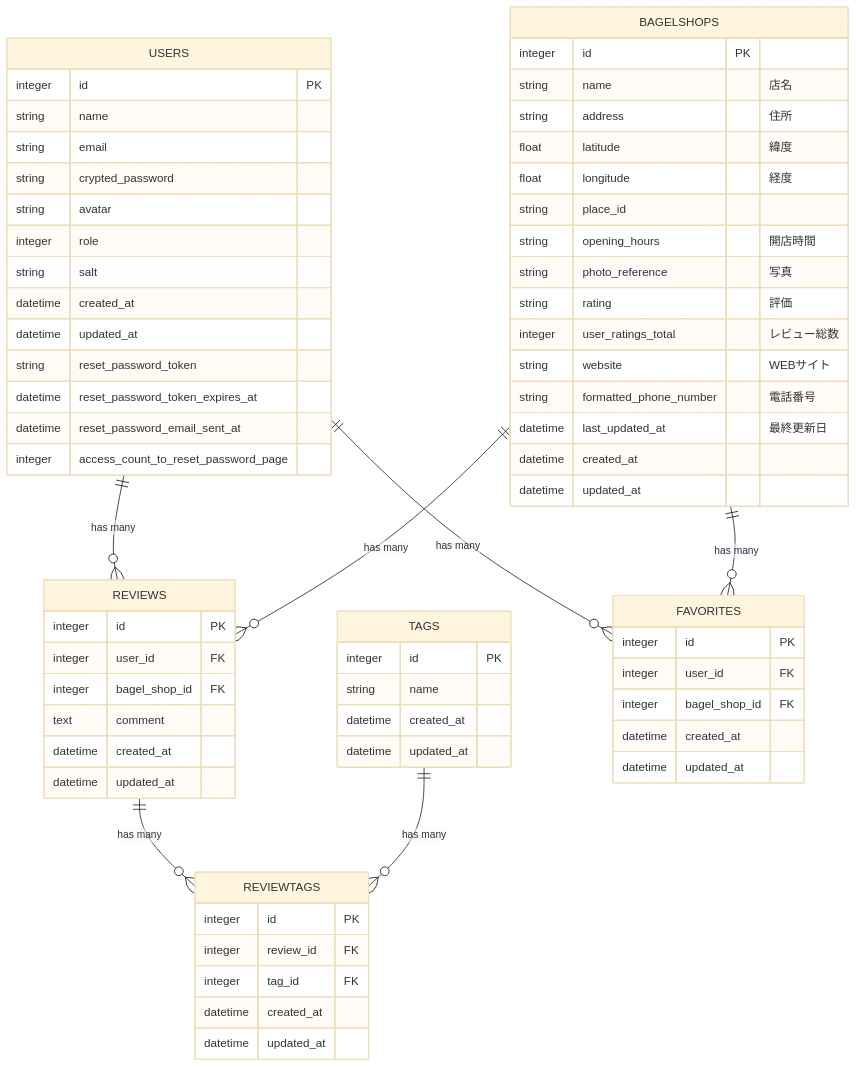
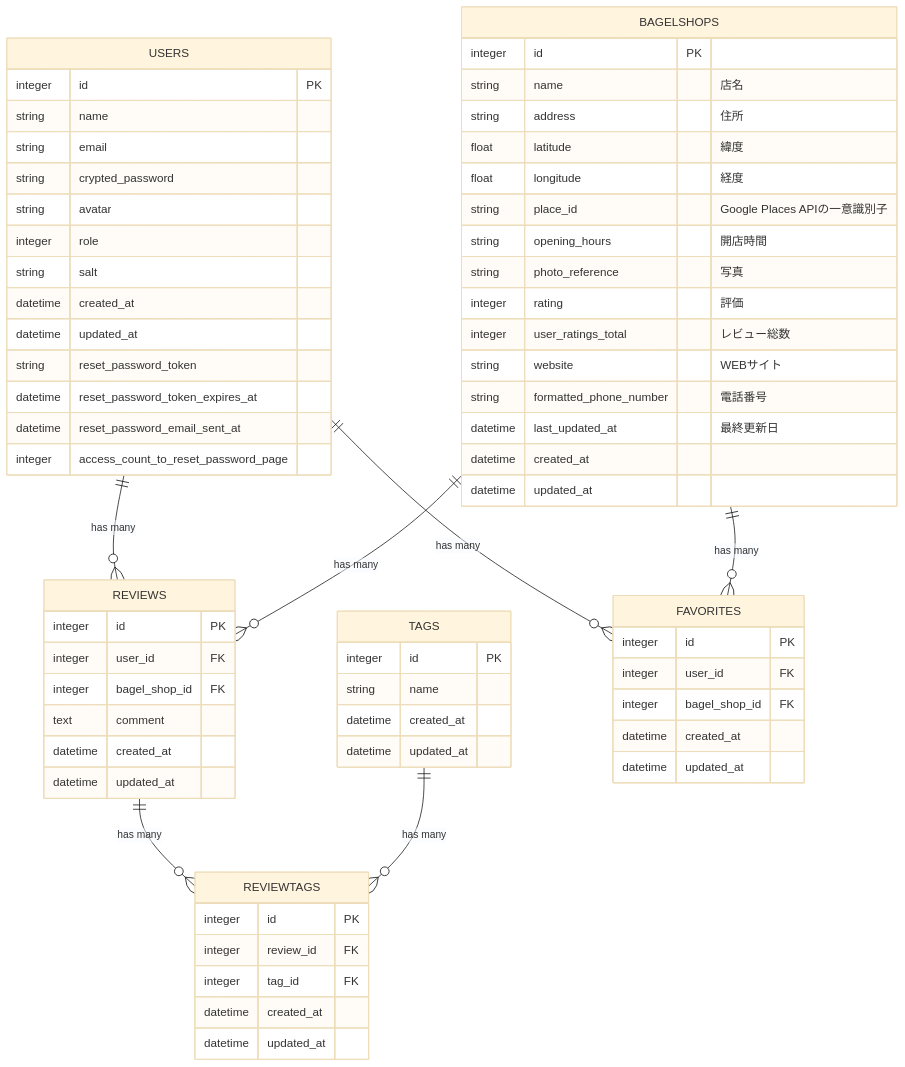
The diagram in README.md (eighton46/bagel_map), drawn with Mermaid (base theme) before and after one commit.

Commit message:
update: ER図の評価カラムの型式が誤っていたため、README.mdを修正

````diff
--- a/README.md
+++ b/README.md
@@ -90,76 +90,76 @@
 ```mermaid
 erDiagram
 
   USERS {
     integer id PK
     string name
     string email
     string crypted_password
     string avatar
     integer role
     string salt
     datetime created_at
     datetime updated_at
     string reset_password_token
     datetime reset_password_token_expires_at
     datetime reset_password_email_sent_at
     integer access_count_to_reset_password_page
   }
 
   BAGELSHOPS {
     integer id PK
     string name "店名"
     string address "住所"
     float latitude "緯度"
     float longitude "経度"
-    string place_id
+    string place_id "Google Places APIの一意識別子"
     string opening_hours "開店時間"
     string photo_reference "写真"
-    string rating "評価"
+    integer rating "評価"
     integer user_ratings_total "レビュー総数"
     string website "WEBサイト"
     string formatted_phone_number "電話番号"
     datetime last_updated_at "最終更新日"
     datetime created_at
     datetime updated_at
   }
 
   REVIEWS {
     integer id PK
     integer user_id FK
     integer bagel_shop_id FK
     text comment
     datetime created_at
     datetime updated_at
   }
 
   TAGS {
     integer id PK
     string name
     datetime created_at
     datetime updated_at
   }
 
   REVIEWTAGS {
     integer id PK
     integer review_id FK
     integer tag_id FK
     datetime created_at
     datetime updated_at
   }
 
   FAVORITES {
     integer id PK
     integer user_id FK
     integer bagel_shop_id FK
     datetime created_at
     datetime updated_at
   }
 
   USERS ||--o{ REVIEWS : "has many"
   BAGELSHOPS ||--o{ REVIEWS : "has many"
   USERS ||--o{ FAVORITES : "has many"
   BAGELSHOPS ||--o{ FAVORITES : "has many"
   REVIEWS ||--o{ REVIEWTAGS : "has many"
   TAGS ||--o{ REVIEWTAGS : "has many"
 ```
````
